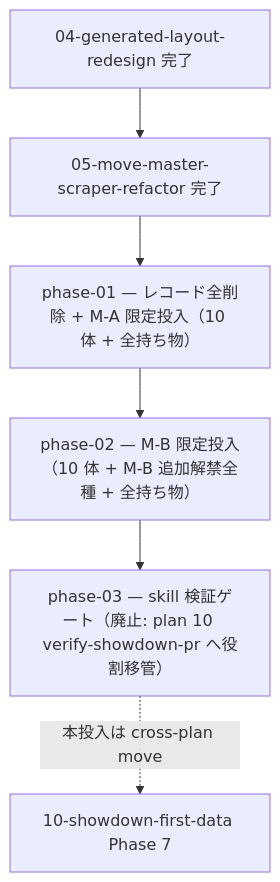
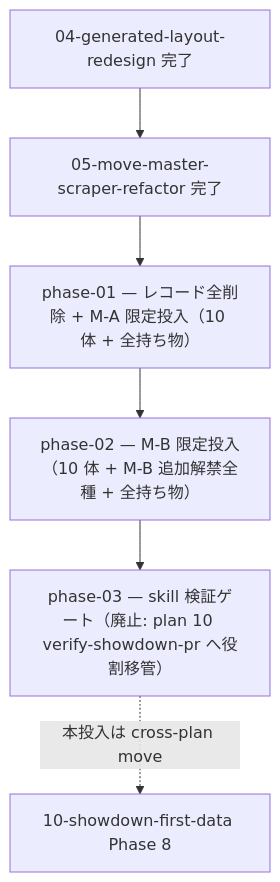
Before and after one commit to subroh0508/pokeform: the diagram in docs/roadmap/completed/09-champions-data-rollout/README.md, drawn with Mermaid. The commit also changed other lines of this file and 12 other files, not shown here.

First line of the commit message:
docs(roadmap): plan 10 に author-regulation-data skill phase を追加（投入 → Phase 8 renumber）

````diff
--- a/docs/roadmap/completed/09-champions-data-rollout/README.md
+++ b/docs/roadmap/completed/09-champions-data-rollout/README.md
@@ -17,8 +17,8 @@
 ```mermaid
 flowchart TD
     P04[04-generated-layout-redesign 完了] --> P05[05-move-master-scraper-refactor 完了]
     P05 --> P1[phase-01 — レコード全削除 + M-A 限定投入（10 体 + 全持ち物）]
     P1 --> P2[phase-02 — M-B 限定投入（10 体 + M-B 追加解禁全種 + 全持ち物）]
     P2 --> P3[phase-03 — skill 検証ゲート（廃止: plan 10 verify-showdown-pr へ役割移管）]
-    P3 -.->|本投入は cross-plan move| P10[10-showdown-first-data Phase 7]
+    P3 -.->|本投入は cross-plan move| P10[10-showdown-first-data Phase 8]
 ```
````
